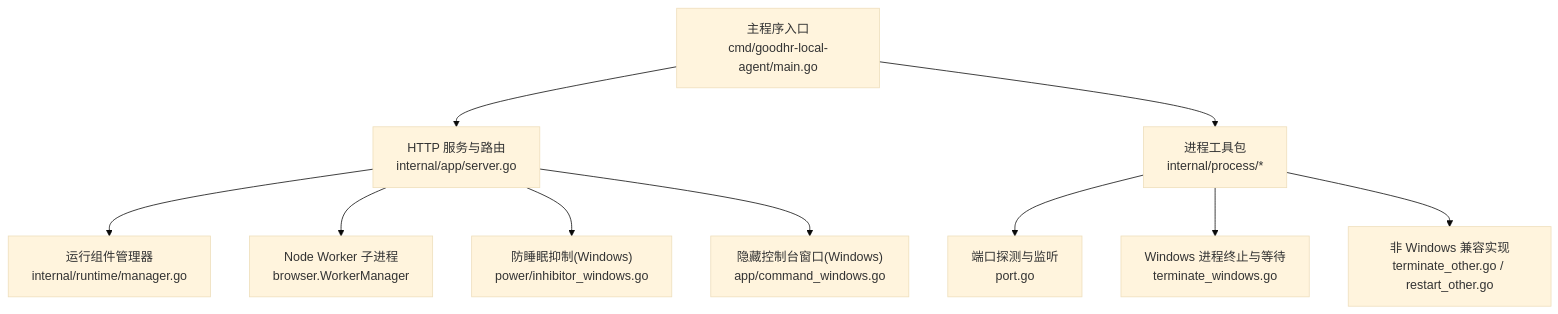
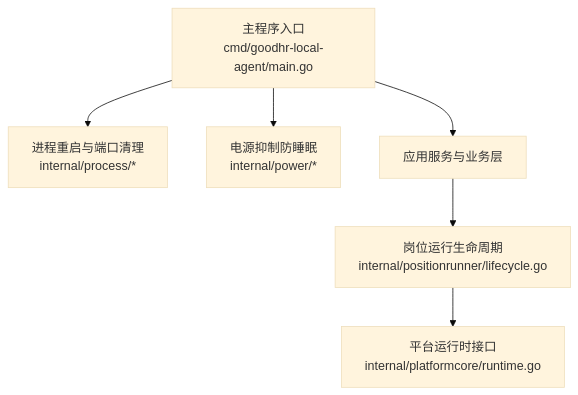
One commit to alvinwangzi/goodhr changed the first of 8 diagrams in .qoder/repowiki/zh/content/本地执行器/核心架构/进程控制.md. Above: the diagram before and after it, drawn with Mermaid (base theme). The commit also changed other lines of this file and 149 other files, not shown here.

````diff
--- a/.qoder/repowiki/zh/content/本地执行器/核心架构/进程控制.md
+++ b/.qoder/repowiki/zh/content/本地执行器/核心架构/进程控制.md
@@ -44,12 +47,8 @@
 ```mermaid
 graph TB
-A["主程序入口<br/>cmd/goodhr-local-agent/main.go"] --> B["HTTP 服务与路由<br/>internal/app/server.go"]
-A --> C["进程工具包<br/>internal/process/*"]
-B --> D["运行组件管理器<br/>internal/runtime/manager.go"]
-B --> E["Node Worker 子进程<br/>browser.WorkerManager"]
-C --> F["端口探测与监听<br/>port.go"]
-C --> G["Windows 进程终止与等待<br/>terminate_windows.go"]
-C --> H["非 Windows 兼容实现<br/>terminate_other.go / restart_other.go"]
-B --> I["防睡眠抑制(Windows)<br/>power/inhibitor_windows.go"]
-B --> J["隐藏控制台窗口(Windows)<br/>app/command_windows.go"]
+Main["主程序入口<br/>cmd/goodhr-local-agent/main.go"] --> ProcRestart["进程重启与端口清理<br/>internal/process/*"]
+Main --> PowerInhibit["电源抑制防睡眠<br/>internal/power/*"]
+Main --> AppServer["应用服务与业务层"]
+AppServer --> Lifecycle["岗位运行生命周期<br/>internal/positionrunner/lifecycle.go"]
+Lifecycle --> PlatformCore["平台运行时接口<br/>internal/platformcore/runtime.go"]
 ```
````
